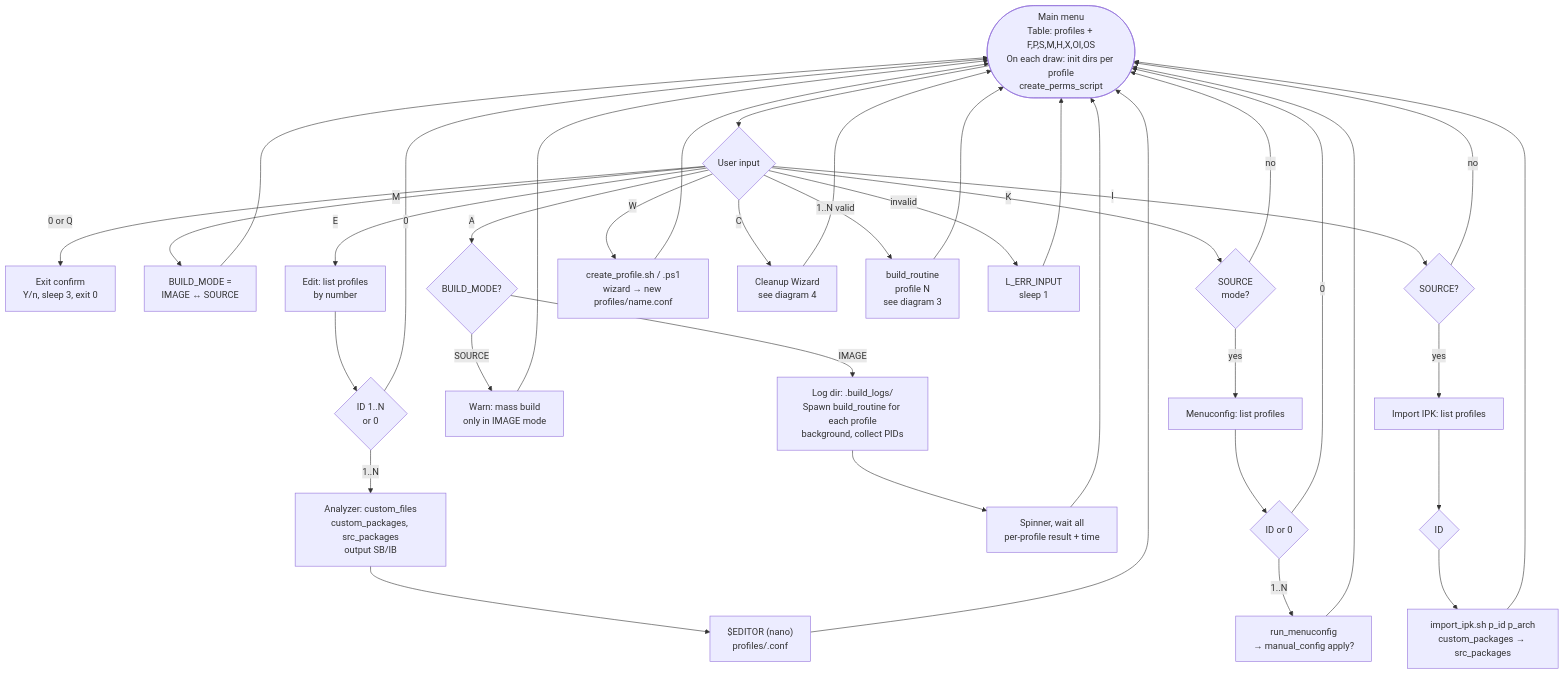
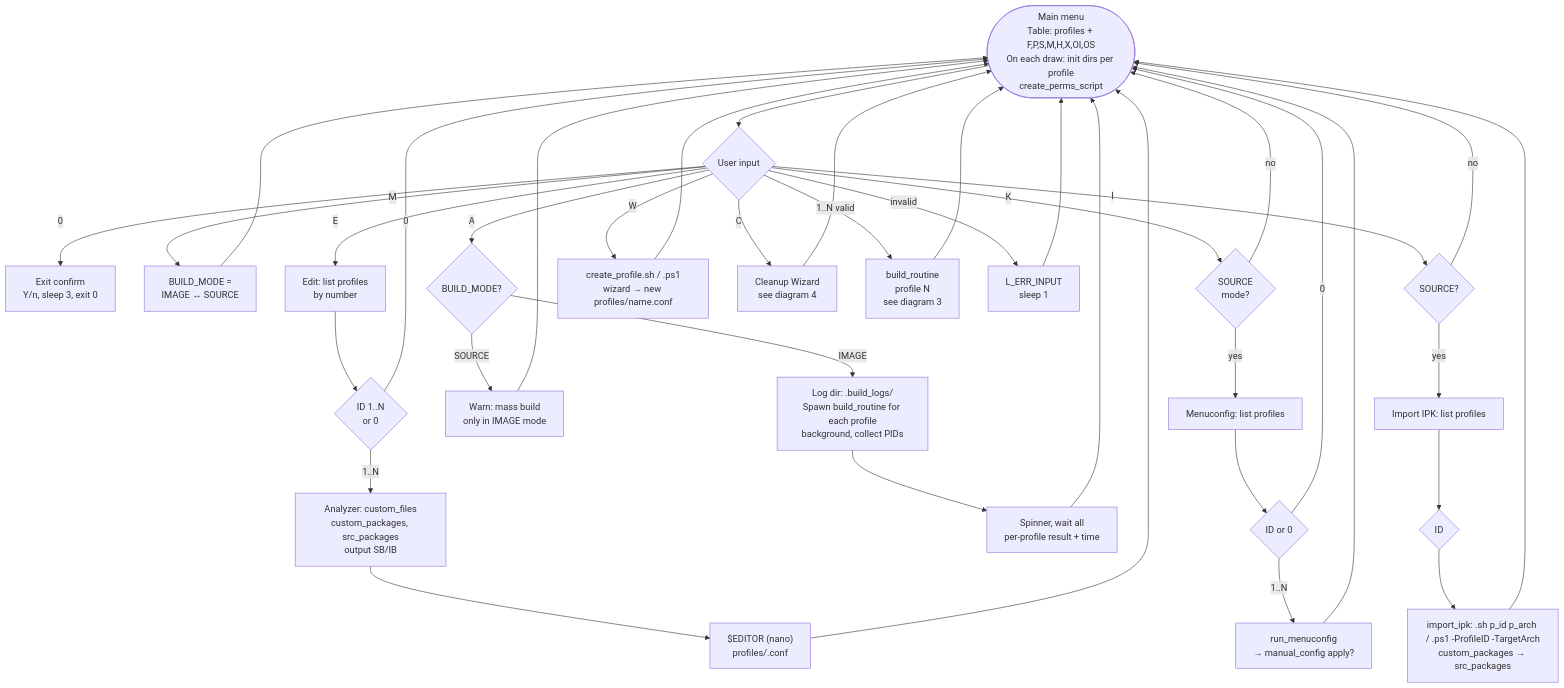
The second of 10 diagrams in docs/ARCHITECTURE_diagram.md (iqubik/routerFW), drawn with Mermaid before and after one commit. The commit also changed other lines of this file and 3 other files, not shown here.

Commit message:
diagram fix

````diff
--- a/docs/ARCHITECTURE_diagram.md
+++ b/docs/ARCHITECTURE_diagram.md
@@ -36,50 +38,50 @@
 ```mermaid
 flowchart TD
     MENU([Main menu\nTable: profiles + F,P,S,M,H,X,OI,OS\nOn each draw: init dirs per profile\ncreate_perms_script])
     MENU --> CHOICE{User input}
 
-    CHOICE --> |0 or Q| EXIT[Exit confirm\nY/n, sleep 3, exit 0]
+    CHOICE --> |0| EXIT[Exit confirm\nY/n, sleep 3, exit 0]
     CHOICE --> |M| SWITCH[BUILD_MODE =\nIMAGE ↔ SOURCE]
     SWITCH --> MENU
 
     CHOICE --> |E| E_LIST[Edit: list profiles\nby number]
     E_LIST --> E_ID{ID 1..N\nor 0}
     E_ID --> |0| MENU
     E_ID --> |1..N| E_ANALYZE[Analyzer: custom_files\ncustom_packages, src_packages\noutput SB/IB]
     E_ANALYZE --> E_EDIT["$EDITOR (nano)\nprofiles/<id>.conf"]
     E_EDIT --> MENU
 
     CHOICE --> |A| A_CHECK{BUILD_MODE?}
     A_CHECK --> |SOURCE| A_WARN[Warn: mass build\nonly in IMAGE mode]
     A_WARN --> MENU
     A_CHECK --> |IMAGE| A_RUN[Log dir: .build_logs/<ts>\nSpawn build_routine for each profile\nbackground, collect PIDs]
     A_RUN --> A_WAIT[Spinner, wait all\nper-profile result + time]
     A_WAIT --> MENU
 
     CHOICE --> |K| K_CHECK{SOURCE\nmode?}
     K_CHECK --> |no| MENU
     K_CHECK --> |yes| K_LIST[Menuconfig: list profiles]
     K_LIST --> K_ID{ID or 0}
     K_ID --> |0| MENU
     K_ID --> |1..N| K_MC[run_menuconfig\n→ manual_config apply?]
     K_MC --> MENU
 
     CHOICE --> |I| I_CHECK{SOURCE?}
     I_CHECK --> |no| MENU
     I_CHECK --> |yes| I_LIST[Import IPK: list profiles]
     I_LIST --> I_ID{ID}
-    I_ID --> I_RUN[import_ipk.sh p_id p_arch\ncustom_packages → src_packages]
+    I_ID --> I_RUN[import_ipk: .sh p_id p_arch / .ps1 -ProfileID -TargetArch\ncustom_packages → src_packages]
     I_RUN --> MENU
 
     CHOICE --> |W| W_RUN[create_profile.sh / .ps1\nwizard → new profiles/name.conf]
     W_RUN --> MENU
 
     CHOICE --> |C| CLEAN_WIZ[Cleanup Wizard\nsee diagram 4]
     CLEAN_WIZ --> MENU
 
     CHOICE --> |1..N valid| BUILD[build_routine\nprofile N\nsee diagram 3]
     BUILD --> MENU
 
     CHOICE --> |invalid| ERR[L_ERR_INPUT\nsleep 1]
     ERR --> MENU
 ```
````
